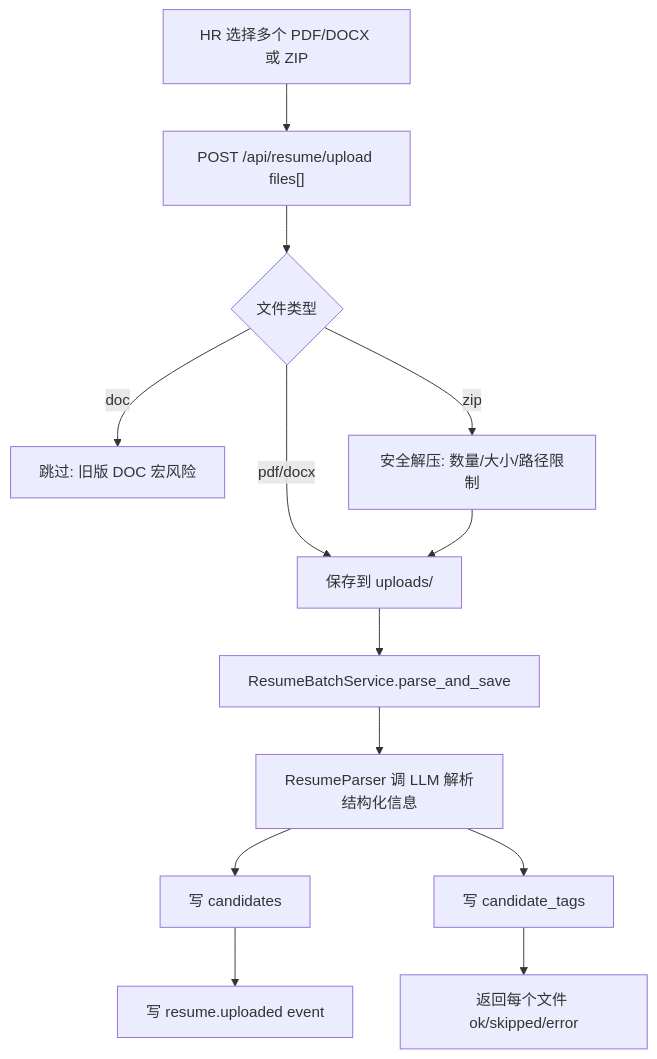
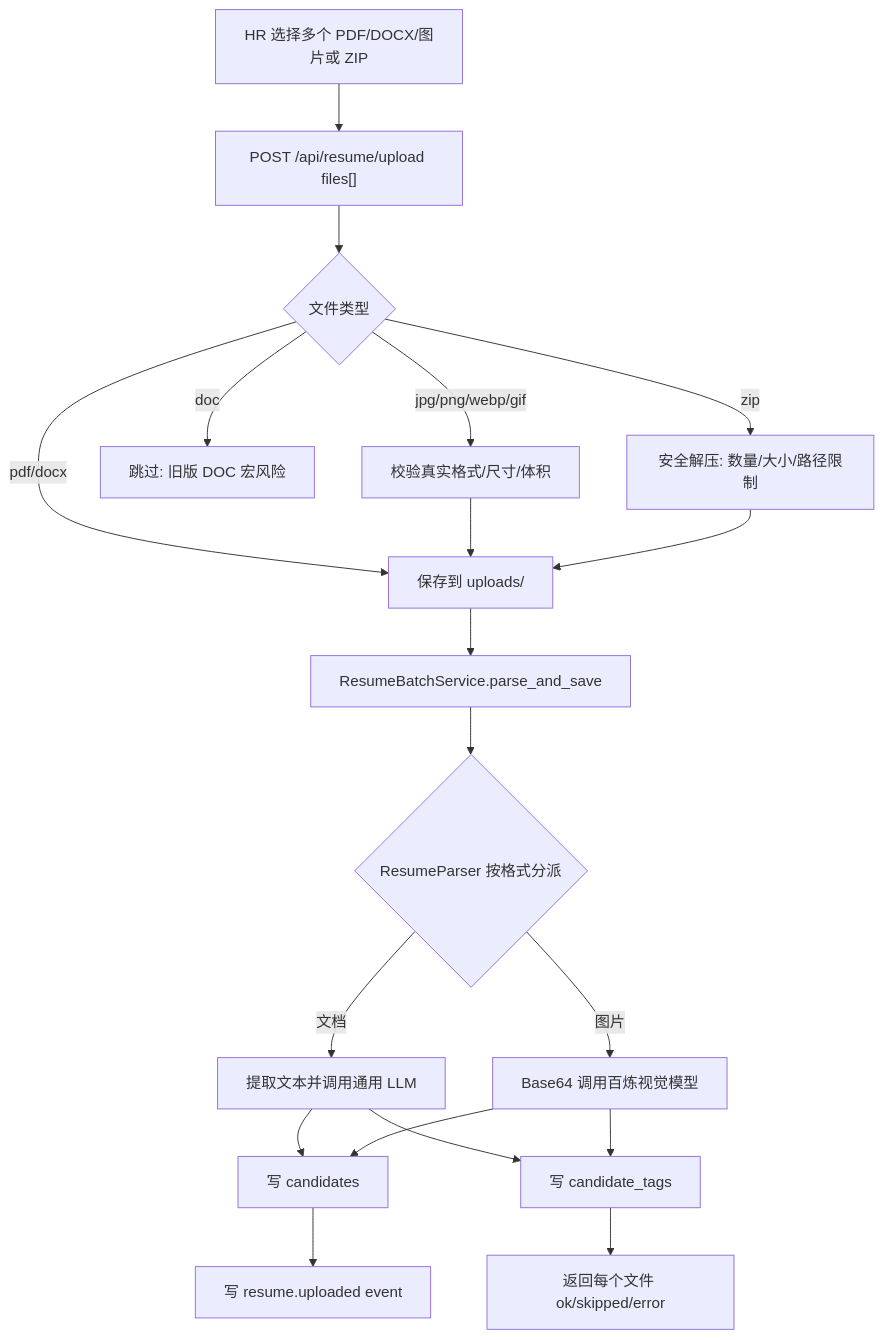
Before and after one commit to hl13544175837-coder/jia-ke-chong-review: the third of 3 diagrams in docs/SDD-智聘招聘系统-v1.0.md, drawn with Mermaid. The commit also changed other lines of this file and 21 other files, not shown here.

Commit message:
支持图片简历视觉识别（#23）

````diff
--- a/docs/SDD-智聘招聘系统-v1.0.md
+++ b/docs/SDD-智聘招聘系统-v1.0.md
@@ -520,15 +521,21 @@
 ```mermaid
 flowchart TD
-  A["HR 选择多个 PDF/DOCX 或 ZIP"] --> B["POST /api/resume/upload files[]"]
+  A["HR 选择多个 PDF/DOCX/图片或 ZIP"] --> B["POST /api/resume/upload files[]"]
   B --> C{"文件类型"}
   C -->|"pdf/docx"| D["保存到 uploads/"]
+  C -->|"jpg/png/webp/gif"| V["校验真实格式/尺寸/体积"]
+  V --> D
   C -->|"doc"| X["跳过: 旧版 DOC 宏风险"]
   C -->|"zip"| E["安全解压: 数量/大小/路径限制"]
   E --> D
   D --> F["ResumeBatchService.parse_and_save"]
-  F --> G["ResumeParser 调 LLM 解析结构化信息"]
-  G --> H["写 candidates"]
-  G --> I["写 candidate_tags"]
+  F --> G{"ResumeParser 按格式分派"}
+  G -->|"文档"| T["提取文本并调用通用 LLM"]
+  G -->|"图片"| Q["Base64 调用百炼视觉模型"]
+  T --> H["写 candidates"]
+  Q --> H
+  T --> I["写 candidate_tags"]
+  Q --> I
   H --> J["写 resume.uploaded event"]
   I --> K["返回每个文件 ok/skipped/error"]
 ```
````
